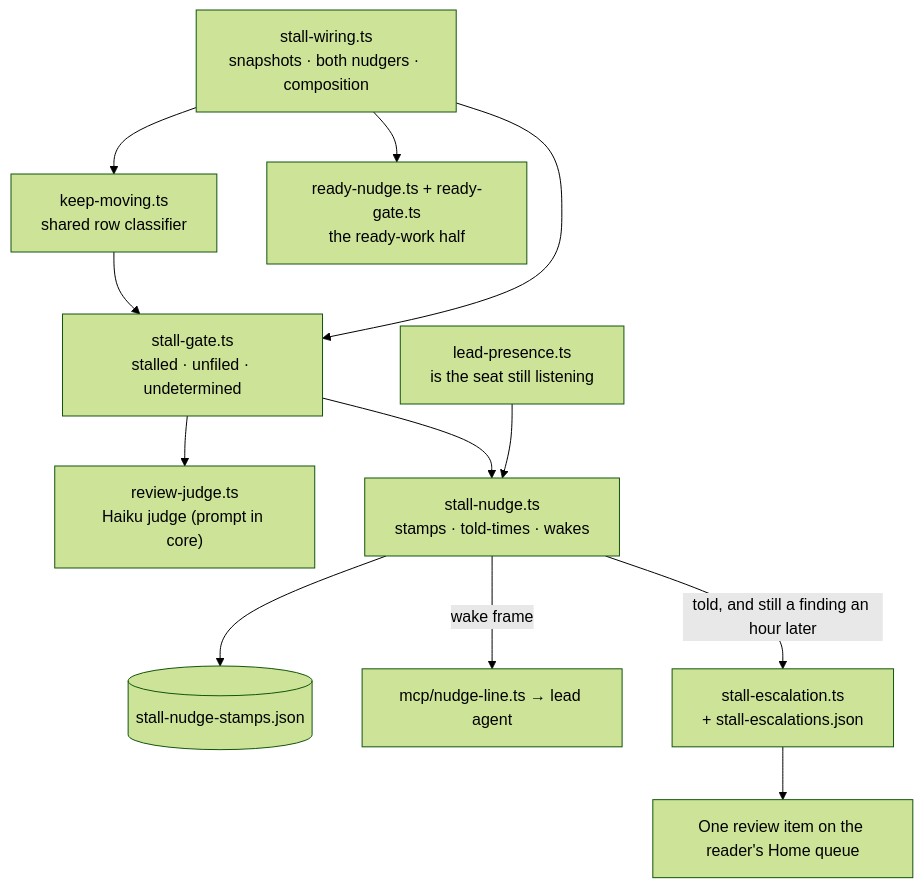
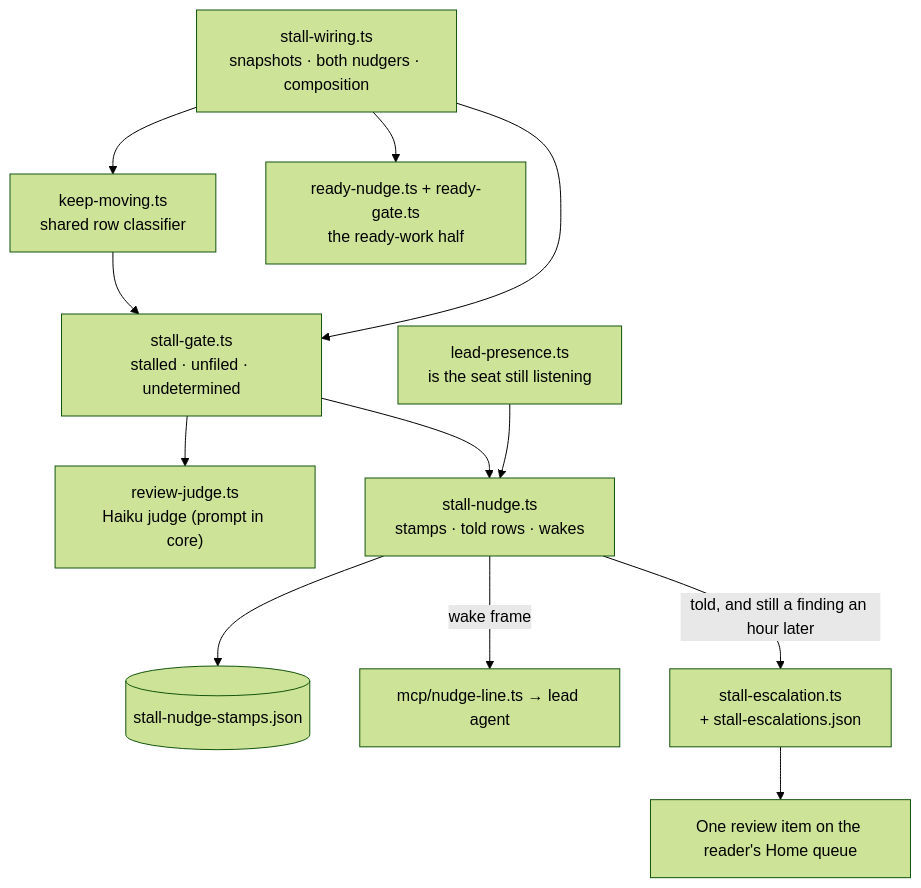
The diagram in docs/architecture/stall-detection.md (fryanpan/claude-workspaces-plugin), drawn with Mermaid (forest theme) before and after one commit. The commit also changed other lines of this file and 10 other files, not shown here.

````diff
--- a/docs/architecture/stall-detection.md
+++ b/docs/architecture/stall-detection.md
@@ -21,15 +21,15 @@
 ```mermaid
 flowchart TB
   W["stall-wiring.ts<br/>snapshots · both nudgers · composition"]
   W --> KM["keep-moving.ts<br/>shared row classifier"]
   W --> RN["ready-nudge.ts + ready-gate.ts<br/>the ready-work half"]
   KM --> G["stall-gate.ts<br/>stalled · unfiled · undetermined"]
   W --> G
   G --> RJ["review-judge.ts<br/>Haiku judge (prompt in core)"]
-  G --> N["stall-nudge.ts<br/>stamps · told-times · wakes"]
+  G --> N["stall-nudge.ts<br/>stamps · told rows · wakes"]
   LP["lead-presence.ts<br/>is the seat still listening"] --> N
   N --> ST[("stall-nudge-stamps.json")]
   N -->|wake frame| NL["mcp/nudge-line.ts → lead agent"]
   N -->|"told, and still a finding an hour later"| ESC["stall-escalation.ts<br/>+ stall-escalations.json"]
   ESC --> Q["One review item on the reader's Home queue"]
 ```
````
